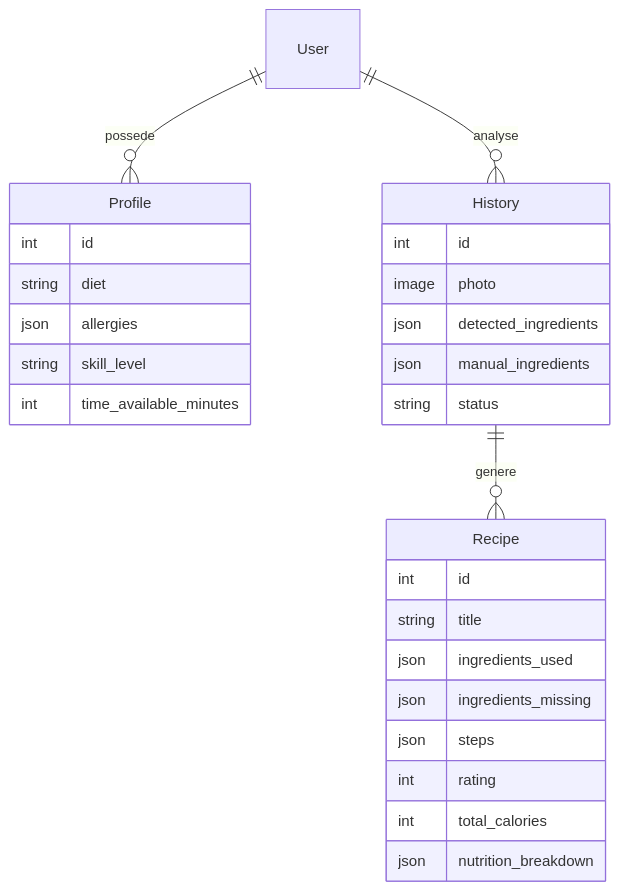
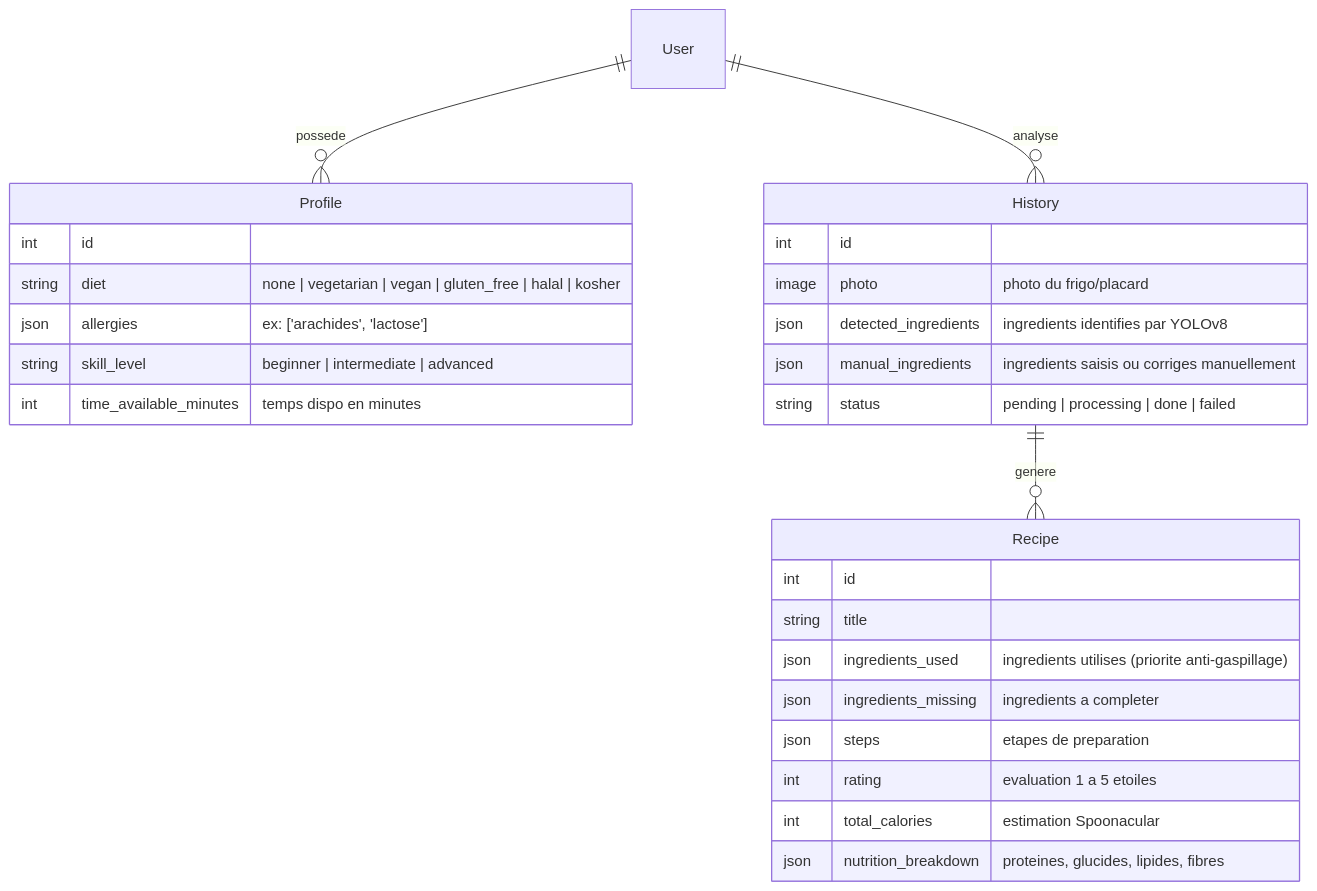
The second of 2 diagrams in README.md (104MJ/CookPilot-AI), drawn with Mermaid before and after one commit. The commit also changed other lines of this file and 1 other file, not shown here.

````diff
--- a/README.md
+++ b/README.md
@@ -43,33 +55,33 @@
 ```mermaid
 erDiagram
     User ||--o{ Profile : possede
     User ||--o{ History : analyse
     History ||--o{ Recipe : genere
 
     Profile {
         int id
-        string diet
-        json allergies
-        string skill_level
-        int time_available_minutes
+        string diet "none | vegetarian | vegan | gluten_free | halal | kosher"
+        json allergies "ex: ['arachides', 'lactose']"
+        string skill_level "beginner | intermediate | advanced"
+        int time_available_minutes "temps dispo en minutes"
     }
 
     History {
         int id
-        image photo
-        json detected_ingredients
-        json manual_ingredients
-        string status
+        image photo "photo du frigo/placard"
+        json detected_ingredients "ingredients identifies par YOLOv8"
+        json manual_ingredients "ingredients saisis ou corriges manuellement"
+        string status "pending | processing | done | failed"
     }
 
     Recipe {
         int id
         string title
-        json ingredients_used
-        json ingredients_missing
-        json steps
-        int rating
-        int total_calories
-        json nutrition_breakdown
+        json ingredients_used "ingredients utilises (priorite anti-gaspillage)"
+        json ingredients_missing "ingredients a completer"
+        json steps "etapes de preparation"
+        int rating "evaluation 1 a 5 etoiles"
+        int total_calories "estimation Spoonacular"
+        json nutrition_breakdown "proteines, glucides, lipides, fibres"
     }
 ```
````
